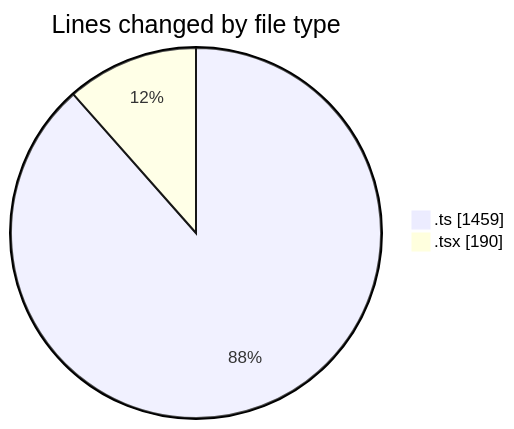
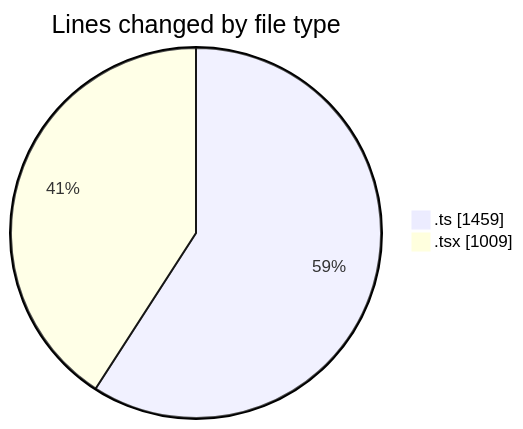
One commit to nxtqubesakshisongat/code-tracking changed the first of 2 diagrams in 2026-03-04/nxtqube_webapp/README.md. Above: the diagram before and after it, drawn with Mermaid. The commit also changed other lines of this file and 1 other file, not shown here.

````diff
--- a/2026-03-04/nxtqube_webapp/README.md
+++ b/2026-03-04/nxtqube_webapp/README.md
@@ -23,6 +24,6 @@
 ```mermaid
 pie showData
 title Lines changed by file type
 ".ts" : 1459
-".tsx" : 190
+".tsx" : 1009
 ```
````
